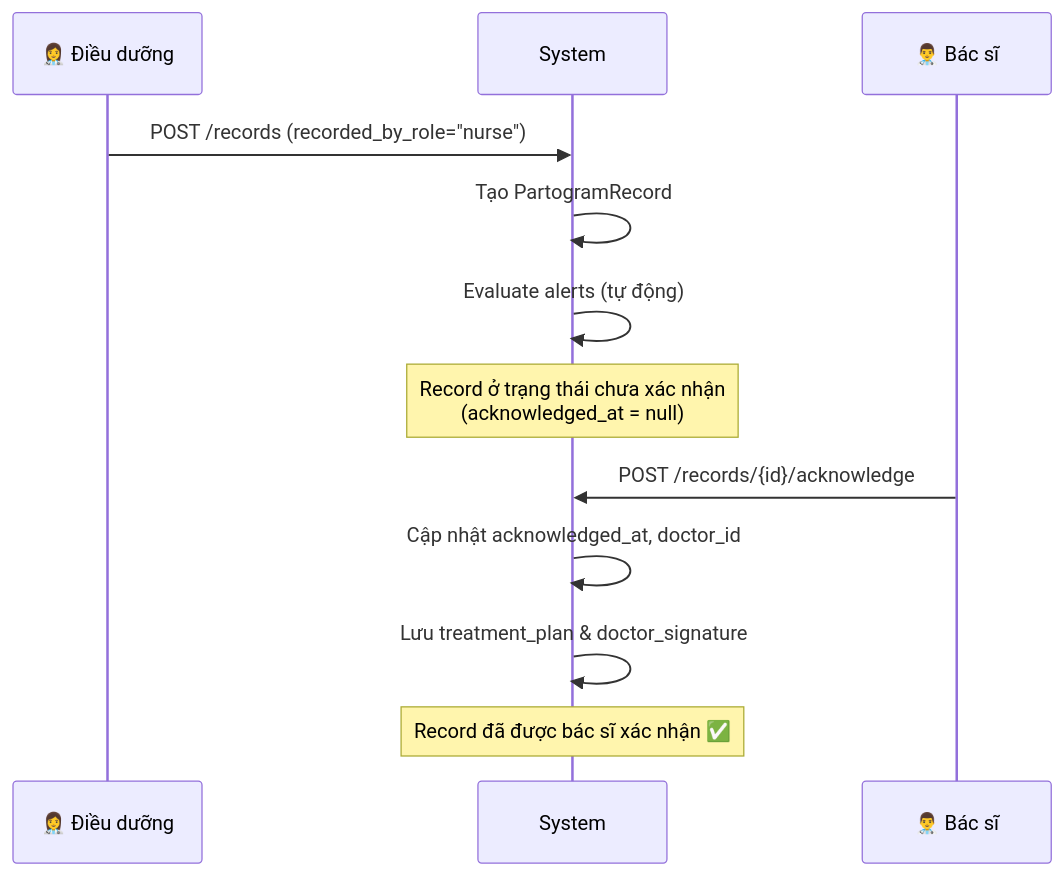
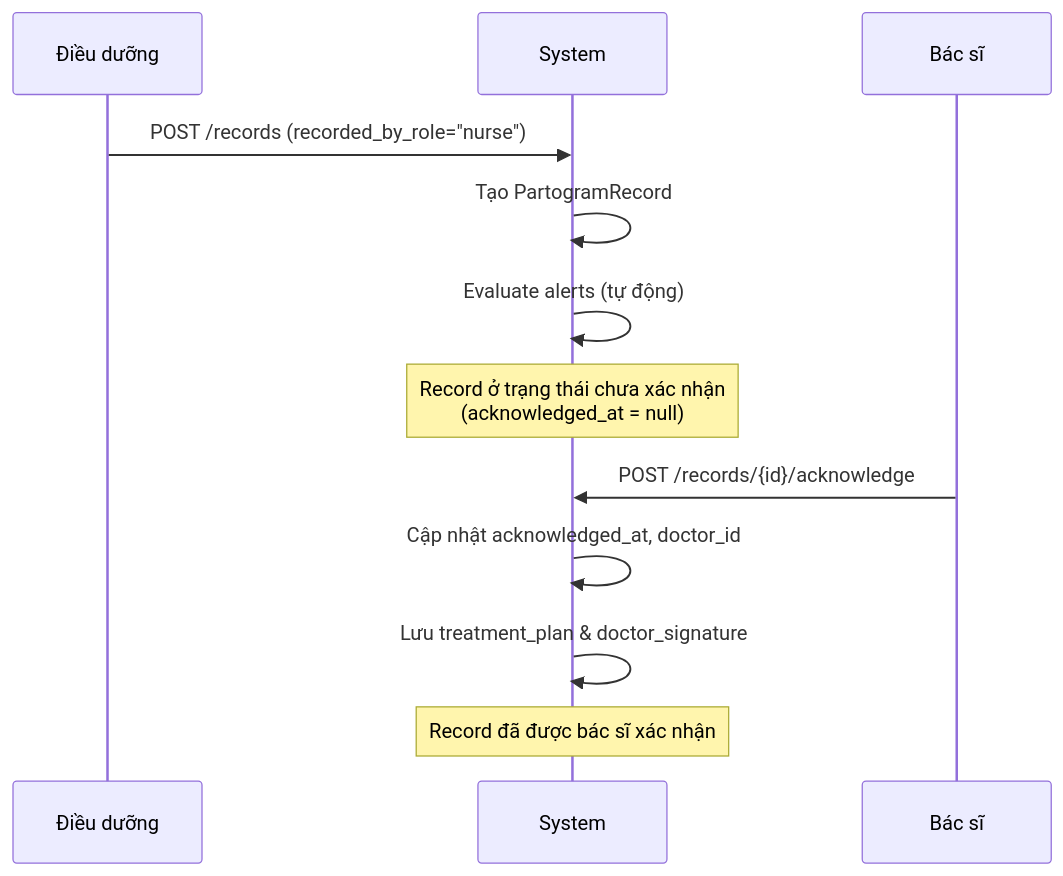
One commit to kaim-tqkhai711/HungVuong_hospital changed the sixth of 6 diagrams in docs/Backend_Architecture.md. Above: the diagram before and after it, drawn with Mermaid. The commit also changed other lines of this file and 4 other files, not shown here.

````diff
--- a/docs/Backend_Architecture.md
+++ b/docs/Backend_Architecture.md
@@ -243,18 +249,18 @@
 ```mermaid
 sequenceDiagram
-    participant N as 👩‍⚕️ Điều dưỡng
+    participant N as Điều dưỡng
     participant S as System
-    participant D as 👨‍⚕️ Bác sĩ
+    participant D as Bác sĩ
 
     N->>S: POST /records (recorded_by_role="nurse")
     S->>S: Tạo PartogramRecord
     S->>S: Evaluate alerts (tự động)
-    
+
     Note over S: Record ở trạng thái chưa xác nhận<br>(acknowledged_at = null)
-    
+
     D->>S: POST /records/{id}/acknowledge
     S->>S: Cập nhật acknowledged_at, doctor_id
     S->>S: Lưu treatment_plan & doctor_signature
-    
-    Note over S: Record đã được bác sĩ xác nhận ✅
+
+    Note over S: Record đã được bác sĩ xác nhận
 ```
````
